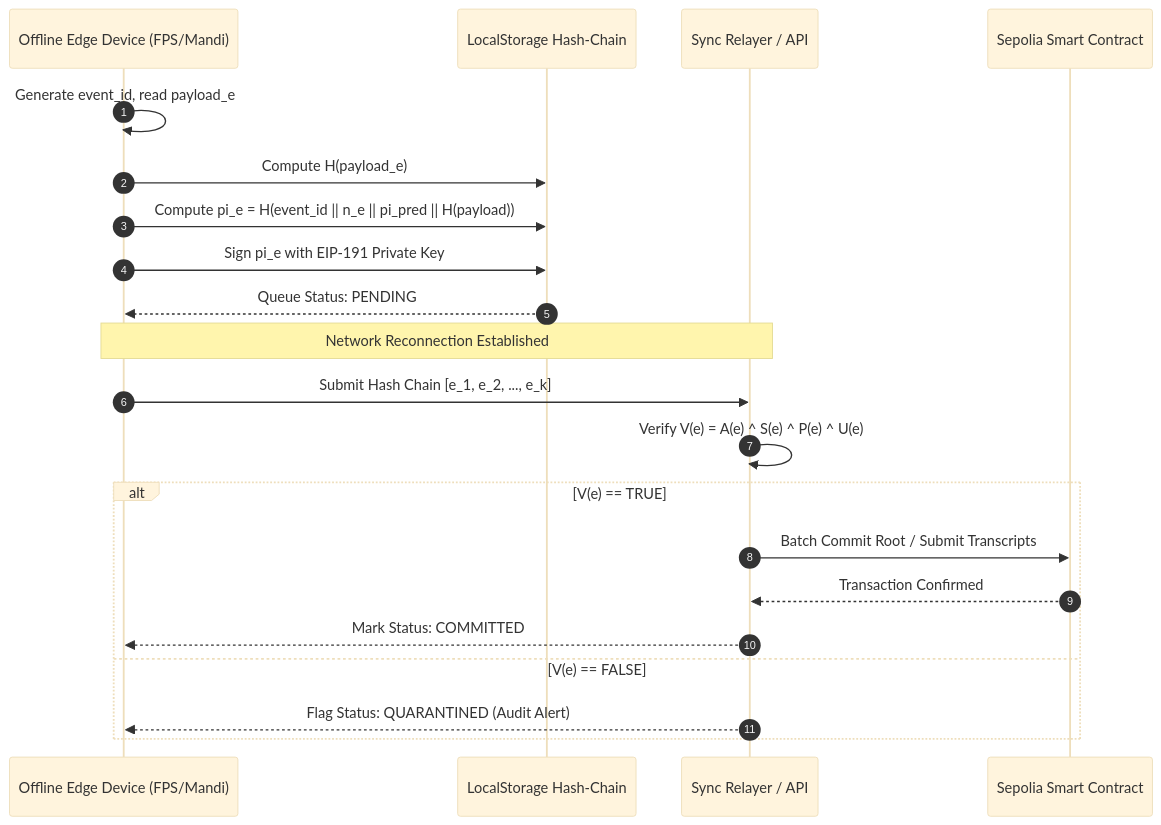
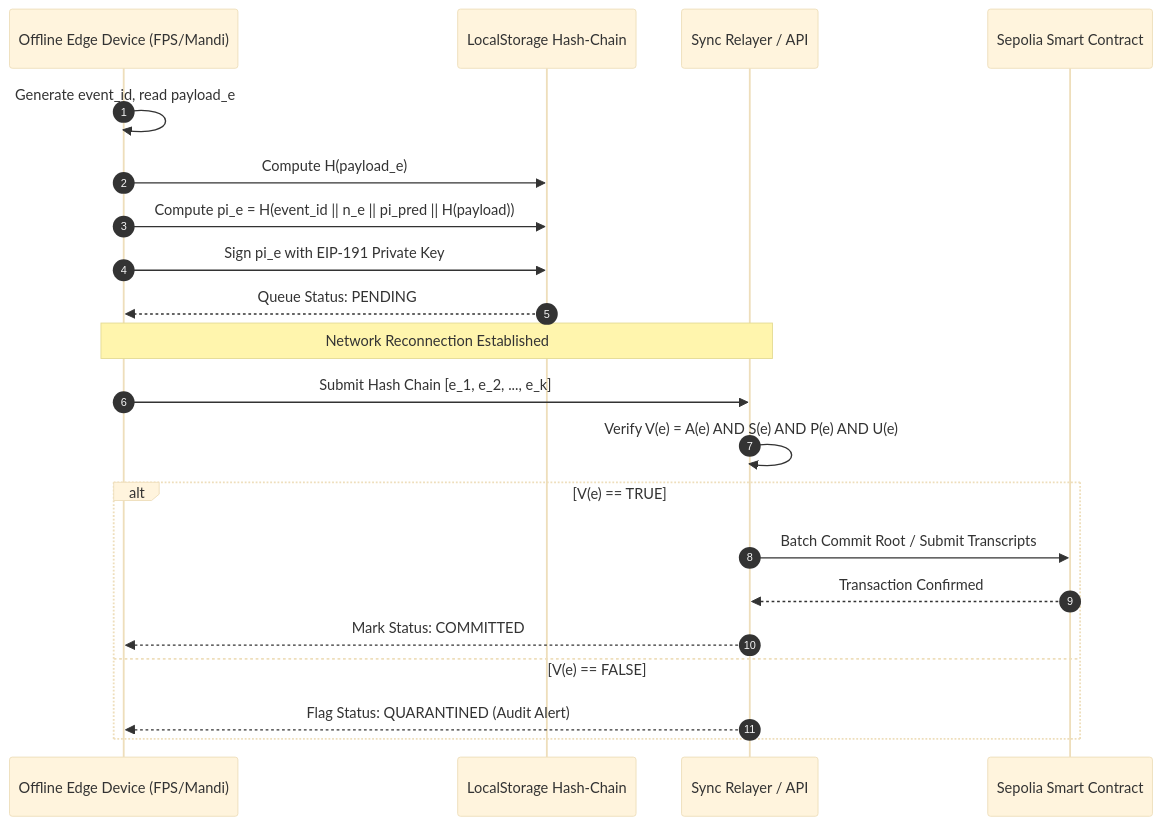
Before and after one commit to VishalNandy17/harvest-link-chain: the fourth of 4 diagrams in README.md, drawn with Mermaid (base theme). The commit also changed other lines of this file, not shown here.

````diff
--- a/README.md
+++ b/README.md
@@ -163,25 +172,25 @@
 ```mermaid
 sequenceDiagram
     autonumber
     participant Device as Offline Edge Device (FPS/Mandi)
     participant LocalCache as LocalStorage Hash-Chain
     participant Relayer as Sync Relayer / API
     participant Ledger as Sepolia Smart Contract
 
     Device->>Device: Generate event_id, read payload_e
     Device->>LocalCache: Compute H(payload_e)
     Device->>LocalCache: Compute pi_e = H(event_id || n_e || pi_pred || H(payload))
     Device->>LocalCache: Sign pi_e with EIP-191 Private Key
     LocalCache-->>Device: Queue Status: PENDING
 
     Note over Device,Relayer: Network Reconnection Established
     Device->>Relayer: Submit Hash Chain [e_1, e_2, ..., e_k]
-    Relayer->>Relayer: Verify V(e) = A(e) ^ S(e) ^ P(e) ^ U(e)
+    Relayer->>Relayer: Verify V(e) = A(e) AND S(e) AND P(e) AND U(e)
     alt V(e) == TRUE
         Relayer->>Ledger: Batch Commit Root / Submit Transcripts
         Ledger-->>Relayer: Transaction Confirmed
         Relayer-->>Device: Mark Status: COMMITTED
     else V(e) == FALSE
         Relayer-->>Device: Flag Status: QUARANTINED (Audit Alert)
     end
 ```
````
